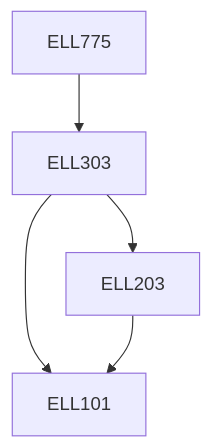
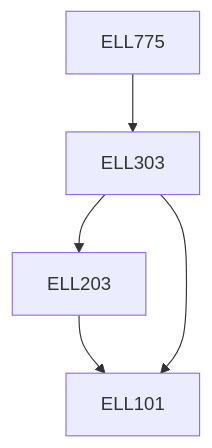
The diagram in content/Electrical Engineering/ELL775.md (KeshavBansal0122/CoS_Website), drawn with Mermaid before and after one commit. The commit also changed other lines of this file and 392 other files, not shown here.

````diff
--- a/content/Electrical Engineering/ELL775.md
+++ b/content/Electrical Engineering/ELL775.md
@@ -13,11 +13,11 @@
 ```mermaid
 flowchart TD
 ELL775-373[ELL775]
+ELL203-373 --> ELL101-373[ELL101]
+ELL775-373 --> ELL303-373[ELL303]
+ELL303-373 --> ELL101-373[ELL101]
 ELL303-373 --> ELL203-373[ELL203]
-ELL303-373 --> ELL101-373[ELL101]
-ELL775-373 --> ELL303-373[ELL303]
-ELL203-373 --> ELL101-373[ELL101]
 
 classDef empty height:17px, fill:transparent, stroke:transparent;
 classDef trueEmpty height:0px, width:0px;
 ```
````
